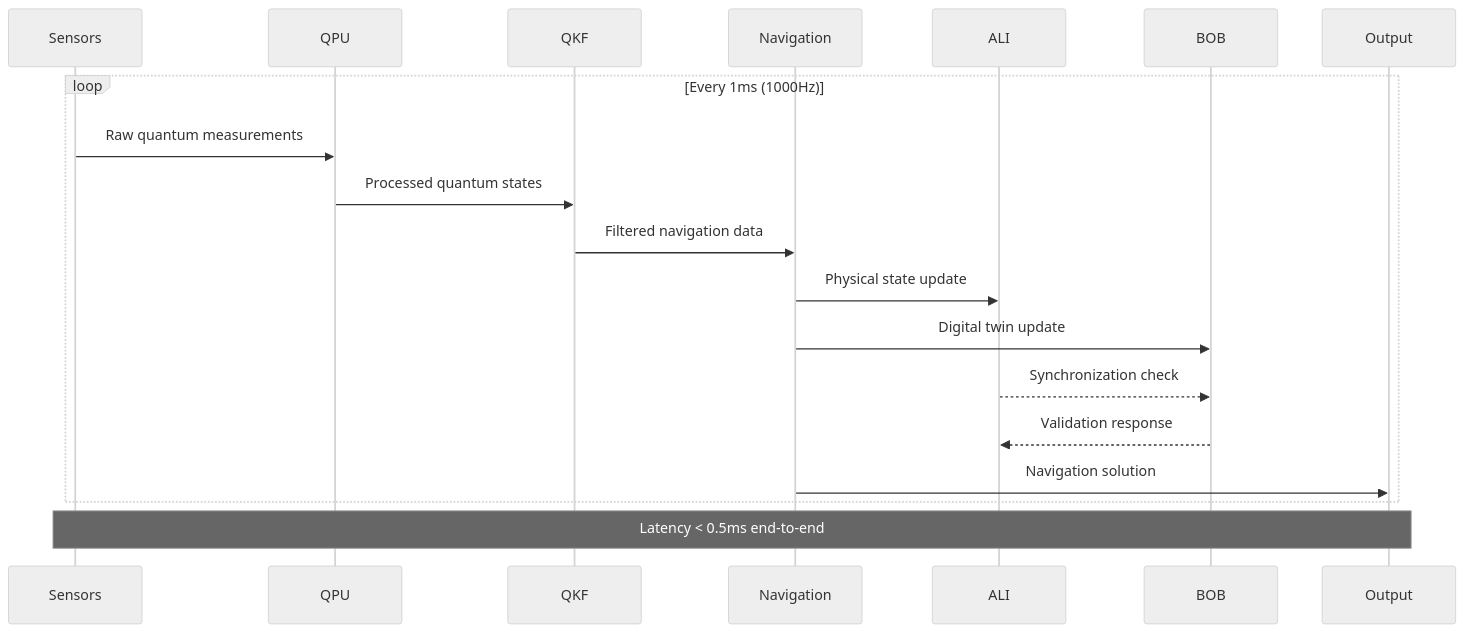
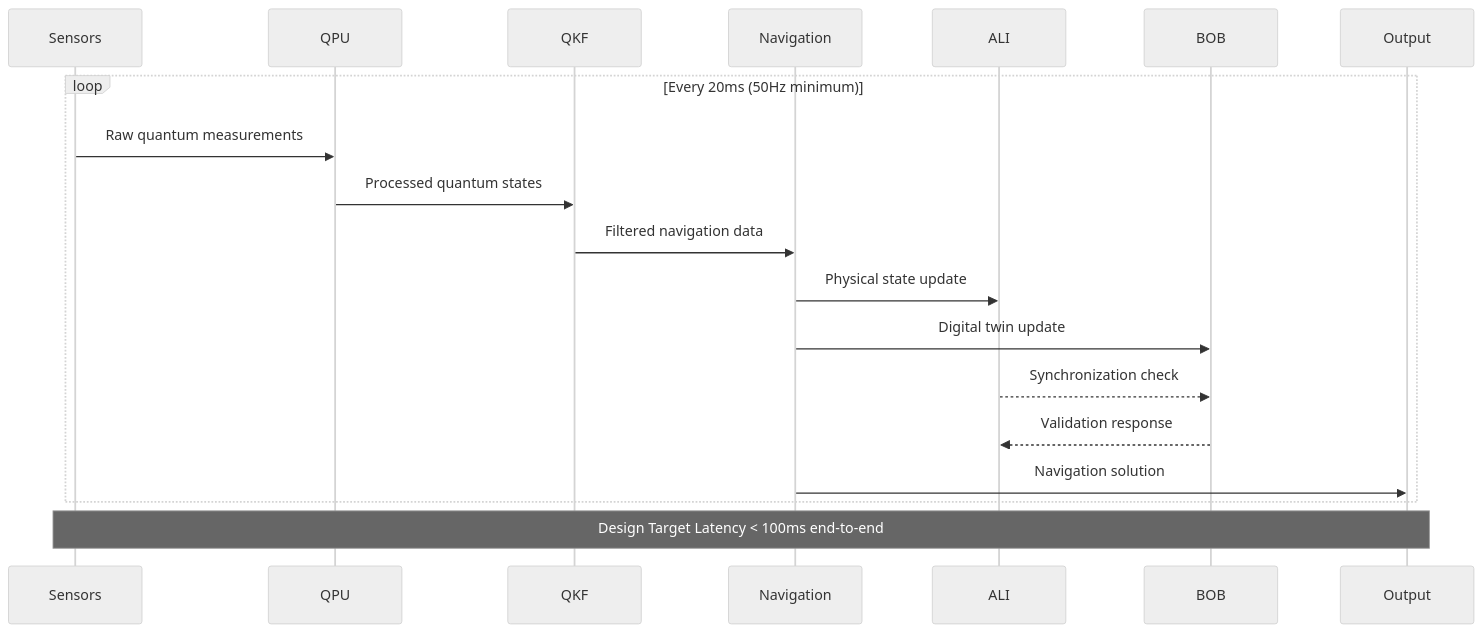
The fifth of 33 diagrams in PRODUCT_LINES/QUANTUM/QUANTUM_SOFTWARE/DESIGN/QNS_NAVIGATION/DES_SOFTWARE_DEV/QUA-QNS01-25SVD0001-DES-BOB-ORG-TD-ATA-000-00-01-TPL-DOC-001-QCOM-v1.1.0 .md (Robbbo-T/A-Q-U-A_V), drawn with Mermaid (neutral theme) before and after one commit. The commit also changed other lines of this file, not shown here.

````diff
--- a/PRODUCT_LINES/QUANTUM/QUANTUM_SOFTWARE/DESIGN/QNS_NAVIGATION/DES_SOFTWARE_DEV/QUA-QNS01-25SVD0001-DES-BOB-ORG-TD-ATA-000-00-01-TPL-DOC-001-QCOM-v1.1.0 .md
+++ b/PRODUCT_LINES/QUANTUM/QUANTUM_SOFTWARE/DESIGN/QNS_NAVIGATION/DES_SOFTWARE_DEV/QUA-QNS01-25SVD0001-DES-BOB-ORG-TD-ATA-000-00-01-TPL-DOC-001-QCOM-v1.1.0 .md
@@ -213,23 +211,23 @@
 ```mermaid
 sequenceDiagram
     participant S as Sensors
     participant Q as QPU
     participant K as QKF
     participant N as Navigation
     participant A as ALI
     participant B as BOB
     participant O as Output
     
-    loop Every 1ms (1000Hz)
+    loop Every 20ms (50Hz minimum)
         S->>Q: Raw quantum measurements
         Q->>K: Processed quantum states
         K->>N: Filtered navigation data
         N->>A: Physical state update
         N->>B: Digital twin update
         A-->>B: Synchronization check
         B-->>A: Validation response
         N->>O: Navigation solution
     end
     
-    Note over S,O: Latency < 0.5ms end-to-end
+    Note over S,O: Design Target Latency < 100ms end-to-end
 ```
````
